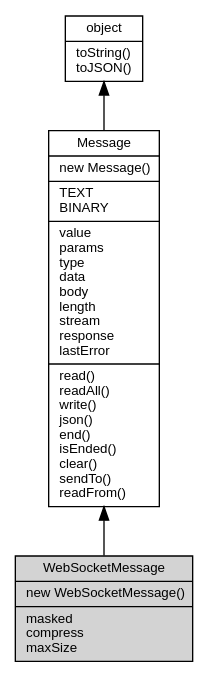
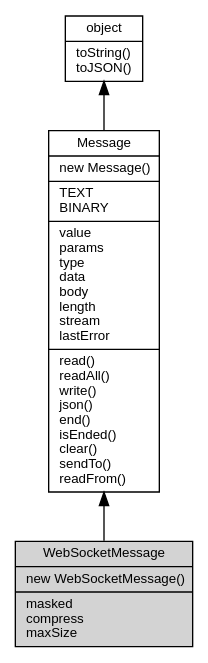
One commit to fibjs/fibjs.org changed the diagram in docs/manual/object/ifs/WebSocketMessage.md. Above: the diagram before and after it, drawn with Graphviz. The commit also changed other lines of this file and 20 other files, not shown here.

````diff
--- a/docs/manual/object/ifs/WebSocketMessage.md
+++ b/docs/manual/object/ifs/WebSocketMessage.md
@@ -13,12 +13,12 @@
 ```dot
 digraph {
     node [fontname="Helvetica,sans-Serif", fontsize=10, shape="record", style="filled", fillcolor="white"];
 
     object [tooltip="object", URL="object.md", label="{object|toString()\ltoJSON()\l}"];
-    Message [tooltip="Message", URL="Message.md", label="{Message|new Message()\l|TEXT\lBINARY\l|value\lparams\ltype\ldata\lbody\llength\lstream\lresponse\llastError\l|read()\lreadAll()\lwrite()\ljson()\lend()\lisEnded()\lclear()\lsendTo()\lreadFrom()\l}"];
+    Message [tooltip="Message", URL="Message.md", label="{Message|new Message()\l|TEXT\lBINARY\l|value\lparams\ltype\ldata\lbody\llength\lstream\llastError\l|read()\lreadAll()\lwrite()\ljson()\lend()\lisEnded()\lclear()\lsendTo()\lreadFrom()\l}"];
     WebSocketMessage [tooltip="WebSocketMessage", fillcolor="lightgray", id="me", label="{WebSocketMessage|new WebSocketMessage()\l|masked\lcompress\lmaxSize\l}"];
 
     object -> Message [dir=back];
     Message -> WebSocketMessage [dir=back];
 }
 ```
````
